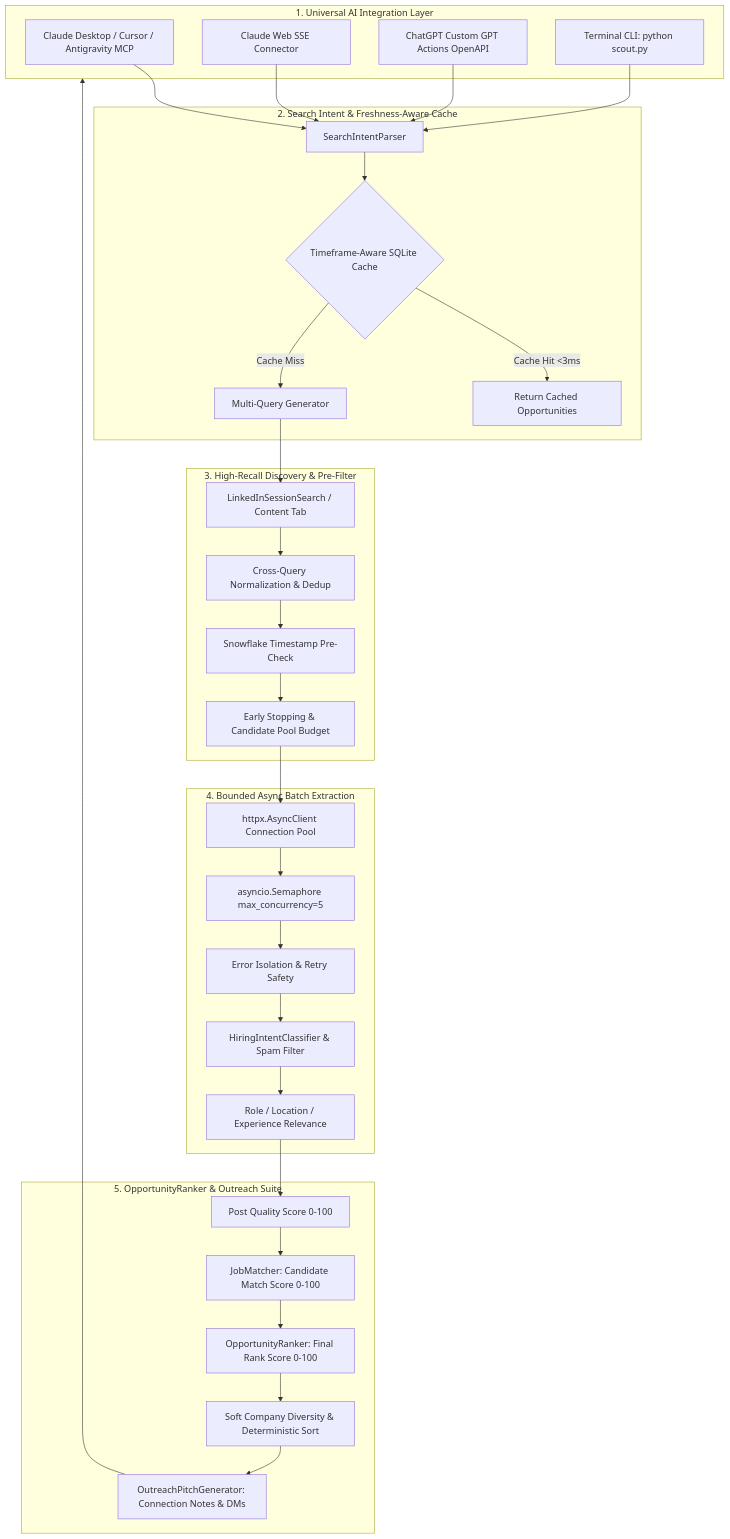
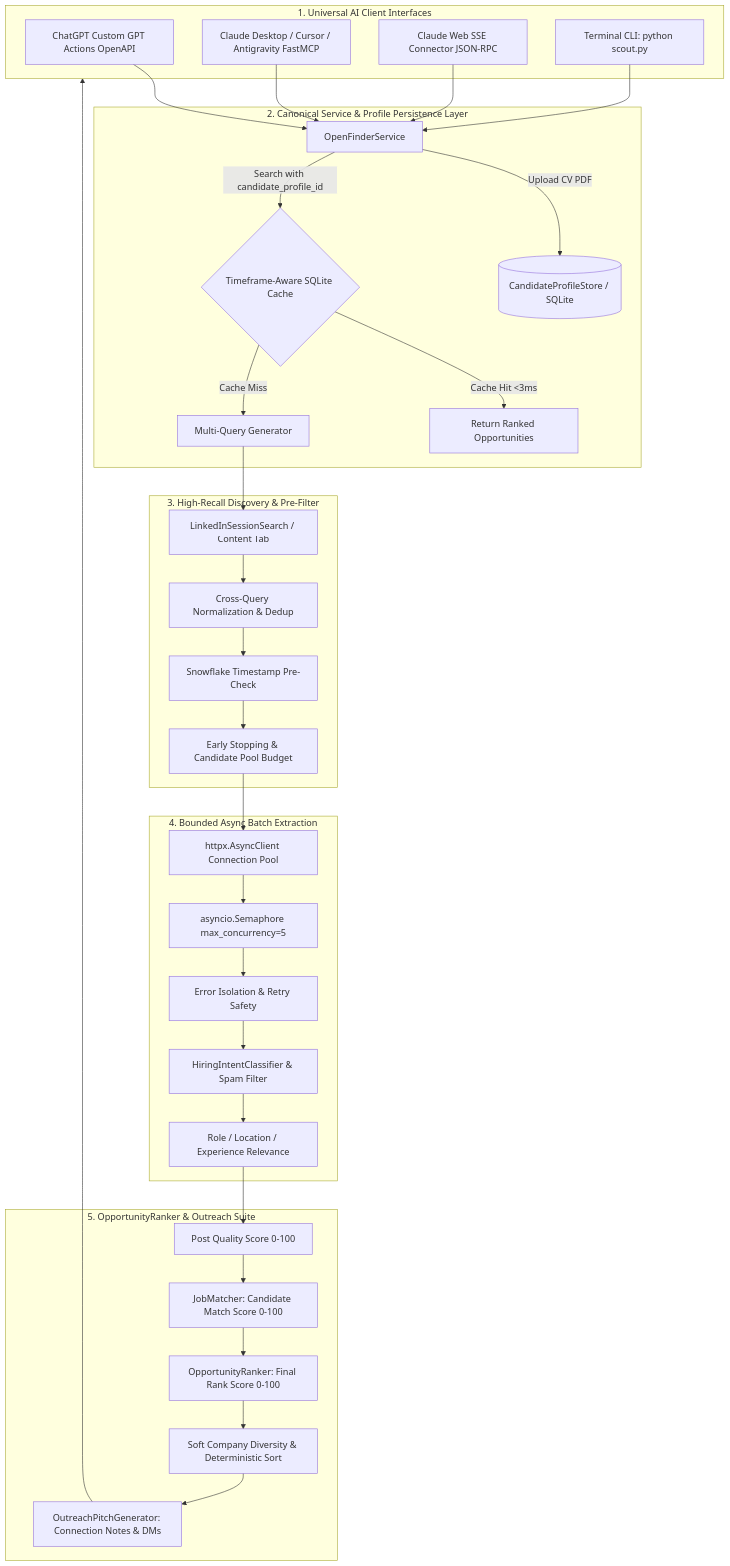
One commit to thamodharangm/openfinder changed the diagram in README.md. Above: the diagram before and after it, drawn with Mermaid. The commit also changed other lines of this file and 6 other files, not shown here.

Commit message:
feat(phase8): ChatGPT GPT Actions OpenAPI, Claude MCP canonical tools, and persistent CandidateProfileStore

````diff
--- a/README.md
+++ b/README.md
@@ -39,41 +41,42 @@
 ```mermaid
 flowchart TD
-    subgraph CLIENTS ["1. Universal AI Integration Layer"]
-        C1[Claude Desktop / Cursor / Antigravity MCP]
-        C2[Claude Web SSE Connector]
-        C3[ChatGPT Custom GPT Actions OpenAPI]
+    subgraph CLIENTS ["1. Universal AI Client Interfaces"]
+        C1[ChatGPT Custom GPT Actions OpenAPI]
+        C2[Claude Desktop / Cursor / Antigravity FastMCP]
+        C3[Claude Web SSE Connector JSON-RPC]
         C4[Terminal CLI: python scout.py]
     end
 
-    subgraph CORE ["2. Search Intent & Freshness-Aware Cache"]
-        C1 & C2 & C3 & C4 --> S1[SearchIntentParser]
-        S1 --> S2{Timeframe-Aware SQLite Cache}
-        S2 -->|Cache Hit <3ms| RET[Return Cached Opportunities]
+    subgraph SERVICE ["2. Canonical Service & Profile Persistence Layer"]
+        C1 & C2 & C3 & C4 --> S0[OpenFinderService]
+        S0 -->|Upload CV PDF| S1[(CandidateProfileStore / SQLite)]
+        S0 -->|Search with candidate_profile_id| S2{Timeframe-Aware SQLite Cache}
+        S2 -->|Cache Hit <3ms| RET[Return Ranked Opportunities]
         S2 -->|Cache Miss| D1[Multi-Query Generator]
     end
 
     subgraph DISCOVERY ["3. High-Recall Discovery & Pre-Filter"]
         D1 --> D2[LinkedInSessionSearch / Content Tab]
         D2 --> D3[Cross-Query Normalization & Dedup]
         D3 --> D4[Snowflake Timestamp Pre-Check]
         D4 --> D5[Early Stopping & Candidate Pool Budget]
     end
 
     subgraph EXTRACTION ["4. Bounded Async Batch Extraction"]
         D5 --> E1[httpx.AsyncClient Connection Pool]
         E1 --> E2[asyncio.Semaphore max_concurrency=5]
         E2 --> E3[Error Isolation & Retry Safety]
         E3 --> E4[HiringIntentClassifier & Spam Filter]
         E4 --> E5[Role / Location / Experience Relevance]
     end
 
     subgraph RANKING ["5. OpportunityRanker & Outreach Suite"]
         E5 --> R1[Post Quality Score 0-100]
         R1 --> R2[JobMatcher: Candidate Match Score 0-100]
         R2 --> R3[OpportunityRanker: Final Rank Score 0-100]
         R3 --> R4[Soft Company Diversity & Deterministic Sort]
         R4 --> R5[OutreachPitchGenerator: Connection Notes & DMs]
     end
 
     R5 --> CLIENTS
 ```
````
